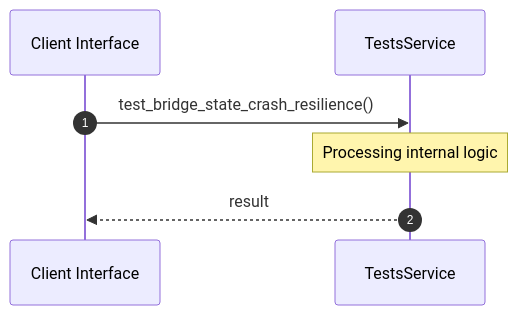
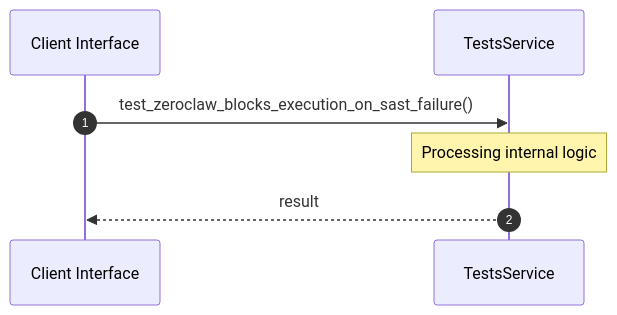
One commit to lgcorzo/rust_CACD_autonomous_factory changed the second of 2 diagrams in openwiki/crates/factory-application/tests/index.md. Above: the diagram before and after it, drawn with Mermaid. The commit also changed other lines of this file and 21 other files, not shown here.

````diff
--- a/openwiki/crates/factory-application/tests/index.md
+++ b/openwiki/crates/factory-application/tests/index.md
@@ -37,10 +37,10 @@
 ```mermaid
 sequenceDiagram
     autonumber
     participant Caller as Client Interface
     participant Svc as TestsService
-    Caller->>Svc: test_bridge_state_crash_resilience()
+    Caller->>Svc: test_zeroclaw_blocks_execution_on_sast_failure()
     Note over Svc: Processing internal logic
     Svc-->>Caller: result
 
 ```
````
